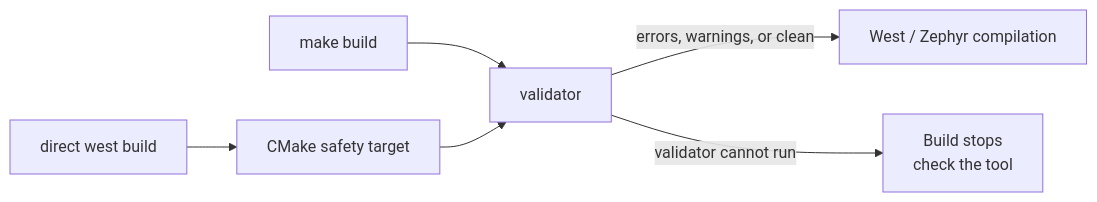
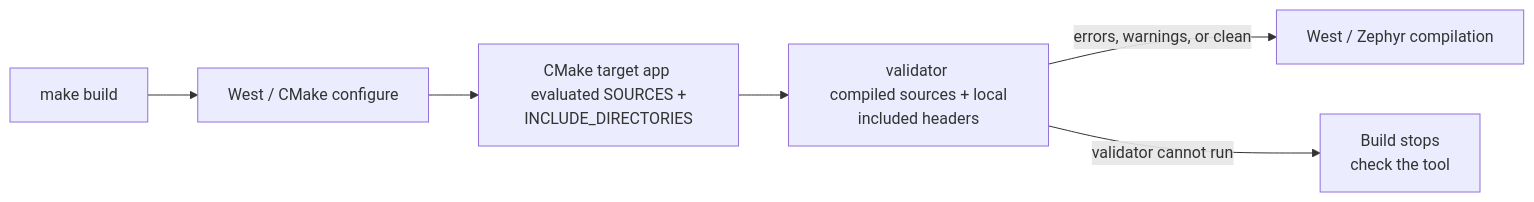
Before and after one commit to andreapiccini/SpaghettiLAB: the diagram in Firmware/core/VALIDATOR.md, drawn with Mermaid. The commit also changed other lines of this file and 9 other files, not shown here.

````diff
--- a/Firmware/core/VALIDATOR.md
+++ b/Firmware/core/VALIDATOR.md
@@ -32,8 +32,8 @@
 ```mermaid
 flowchart LR
-    MAKE["make build"] --> VALIDATOR["validator"]
-    WEST["direct west build"] --> CMAKE["CMake safety target"]
-    CMAKE --> VALIDATOR
+    MAKE["make build"] --> WEST["West / CMake configure"]
+    WEST --> CMAKE["CMake target app <br/> evaluated SOURCES + INCLUDE_DIRECTORIES"]
+    CMAKE --> VALIDATOR["validator <br/> compiled sources + local included headers"]
     VALIDATOR -->|"errors, warnings, or clean"| COMPILE["West / Zephyr compilation"]
     VALIDATOR -->|"validator cannot run"| STOP["Build stops <br/> check the tool"]
 ```
````
